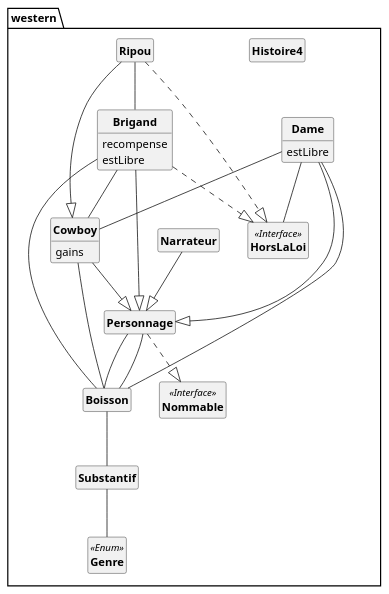
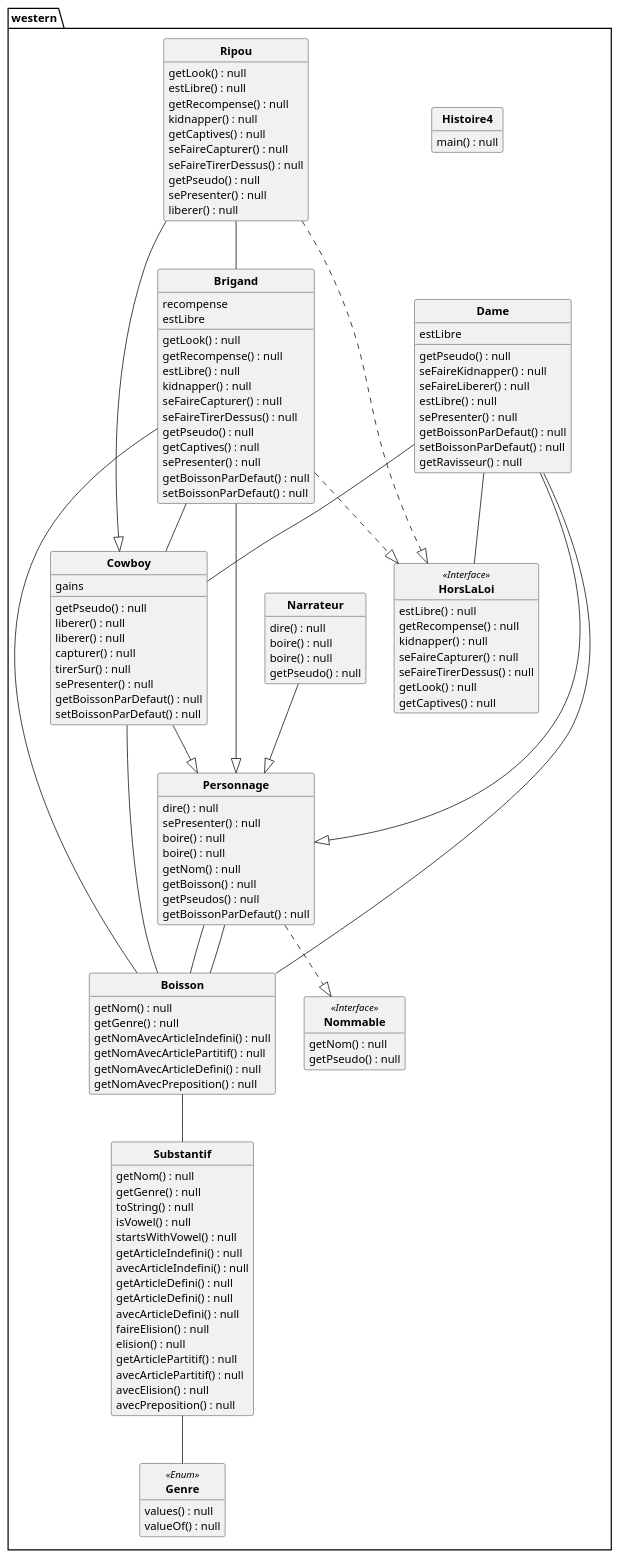
Before and after one commit to DimToups/Java-to-PUML-converter: the diagram in out/production/p21_projet/pumlFromJava/westernClass.puml, drawn with PlantUML. The commit also changed 7 other files, not shown here.

```diff
--- a/out/production/p21_projet/pumlFromJava/westernClass.puml
+++ b/out/production/p21_projet/pumlFromJava/westernClass.puml
@@ -1,59 +1,142 @@
 @startuml
 'https://plantuml.com/class-diagram
 skinparam style strictuml
 skinparam classAttributeIconSize 0
 skinparam classFontStyle Bold
 
 hide empty members
 
 package western{
 class Boisson{
+	getNom() : null
+	getGenre() : null
+	getNomAvecArticleIndefini() : null
+	getNomAvecArticlePartitif() : null
+	getNomAvecArticleDefini() : null
+	getNomAvecPreposition() : null
 }
 class Brigand{
 	recompense
 	estLibre
+	getLook() : null
+	getRecompense() : null
+	estLibre() : null
+	kidnapper() : null
+	seFaireCapturer() : null
+	seFaireTirerDessus() : null
+	getPseudo() : null
+	getCaptives() : null
+	sePresenter() : null
+	getBoissonParDefaut() : null
+	setBoissonParDefaut() : null
 }
 class Cowboy{
 	gains
+	getPseudo() : null
+	liberer() : null
+	liberer() : null
+	capturer() : null
+	tirerSur() : null
+	sePresenter() : null
+	getBoissonParDefaut() : null
+	setBoissonParDefaut() : null
 }
 class Dame{
 	estLibre
+	getPseudo() : null
+	seFaireKidnapper() : null
+	seFaireLiberer() : null
+	estLibre() : null
+	sePresenter() : null
+	getBoissonParDefaut() : null
+	setBoissonParDefaut() : null
+	getRavisseur() : null
 }
 class Genre <<Enum>>{
+	values() : null
+	valueOf() : null
 }
 class Histoire4{
+	main() : null
 }
 class HorsLaLoi <<Interface>>{
+	estLibre() : null
+	getRecompense() : null
+	kidnapper() : null
+	seFaireCapturer() : null
+	seFaireTirerDessus() : null
+	getLook() : null
+	getCaptives() : null
 }
 class Narrateur{
+	dire() : null
+	boire() : null
+	boire() : null
+	getPseudo() : null
 }
 class Nommable <<Interface>>{
+	getNom() : null
+	getPseudo() : null
 }
 class Personnage{
+	dire() : null
+	sePresenter() : null
+	boire() : null
+	boire() : null
+	getNom() : null
+	getBoisson() : null
+	getPseudos() : null
+	getBoissonParDefaut() : null
 }
 class Ripou{
+	getLook() : null
+	estLibre() : null
+	getRecompense() : null
+	kidnapper() : null
+	getCaptives() : null
+	seFaireCapturer() : null
+	seFaireTirerDessus() : null
+	getPseudo() : null
+	sePresenter() : null
+	liberer() : null
 }
 class Substantif{
+	getNom() : null
+	getGenre() : null
+	toString() : null
+	isVowel() : null
+	startsWithVowel() : null
+	getArticleIndefini() : null
+	avecArticleIndefini() : null
+	getArticleDefini() : null
+	getArticleDefini() : null
+	avecArticleDefini() : null
+	faireElision() : null
+	elision() : null
+	getArticlePartitif() : null
+	avecArticlePartitif() : null
+	avecElision() : null
+	avecPreposition() : null
 }
 
 Boisson -- Substantif
 Brigand -- Cowboy
 Brigand -- Boisson
 Brigand --|> Personnage
 Brigand ..|> HorsLaLoi
 Cowboy -- Boisson
 Cowboy --|> Personnage
 Dame -- Cowboy
 Dame -- HorsLaLoi
 Dame -- Boisson
 Dame --|> Personnage
 Narrateur --|> Personnage
 Personnage -- Boisson
 Personnage -- Boisson
 Personnage ..|> Nommable
 Ripou -- Brigand
 Ripou --|> Cowboy
 Ripou ..|> HorsLaLoi
 Substantif -- Genre
 }
 @enduml
```
